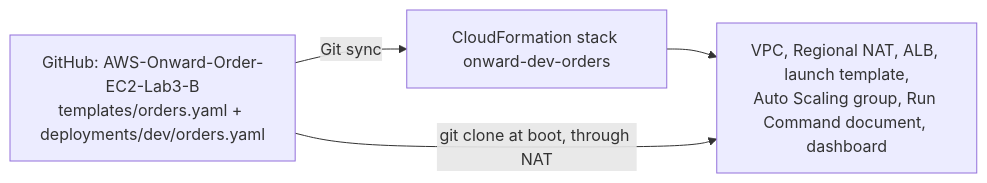
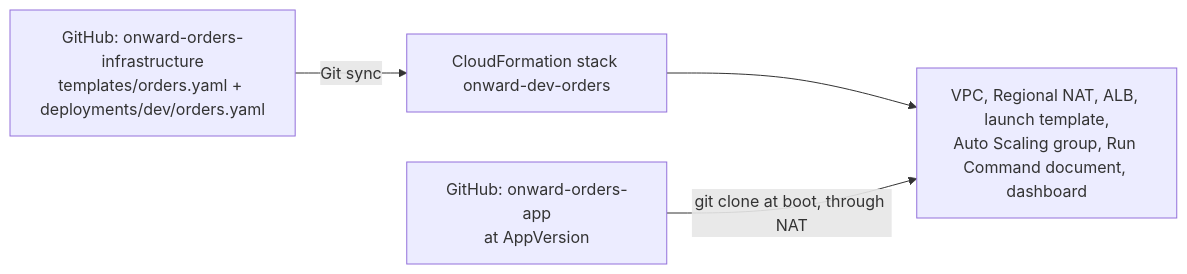
One commit to RUYANGA/AWS-onward-orders-infrastructure-Lab3-B changed the third of 3 diagrams in docs/architecture.md. Above: the diagram before and after it, drawn with Mermaid. The commit also changed 7 other files, not shown here.

````diff
--- a/docs/architecture.md
+++ b/docs/architecture.md
@@ -54,6 +54,6 @@
 ```mermaid
 flowchart LR
-  git["GitHub: AWS-Onward-Order-EC2-Lab3-B<br/>templates/orders.yaml + deployments/dev/orders.yaml"] -->|Git sync| cfn["CloudFormation stack onward-dev-orders"]
+  git["GitHub: onward-orders-infrastructure<br/>templates/orders.yaml + deployments/dev/orders.yaml"] -->|Git sync| cfn["CloudFormation stack onward-dev-orders"]
   cfn --> res["VPC, Regional NAT, ALB, launch template,<br/>Auto Scaling group, Run Command document, dashboard"]
-  git -->|git clone at boot, through NAT| res
+  app["GitHub: onward-orders-app<br/>at AppVersion"] -->|git clone at boot, through NAT| res
 ```
````
